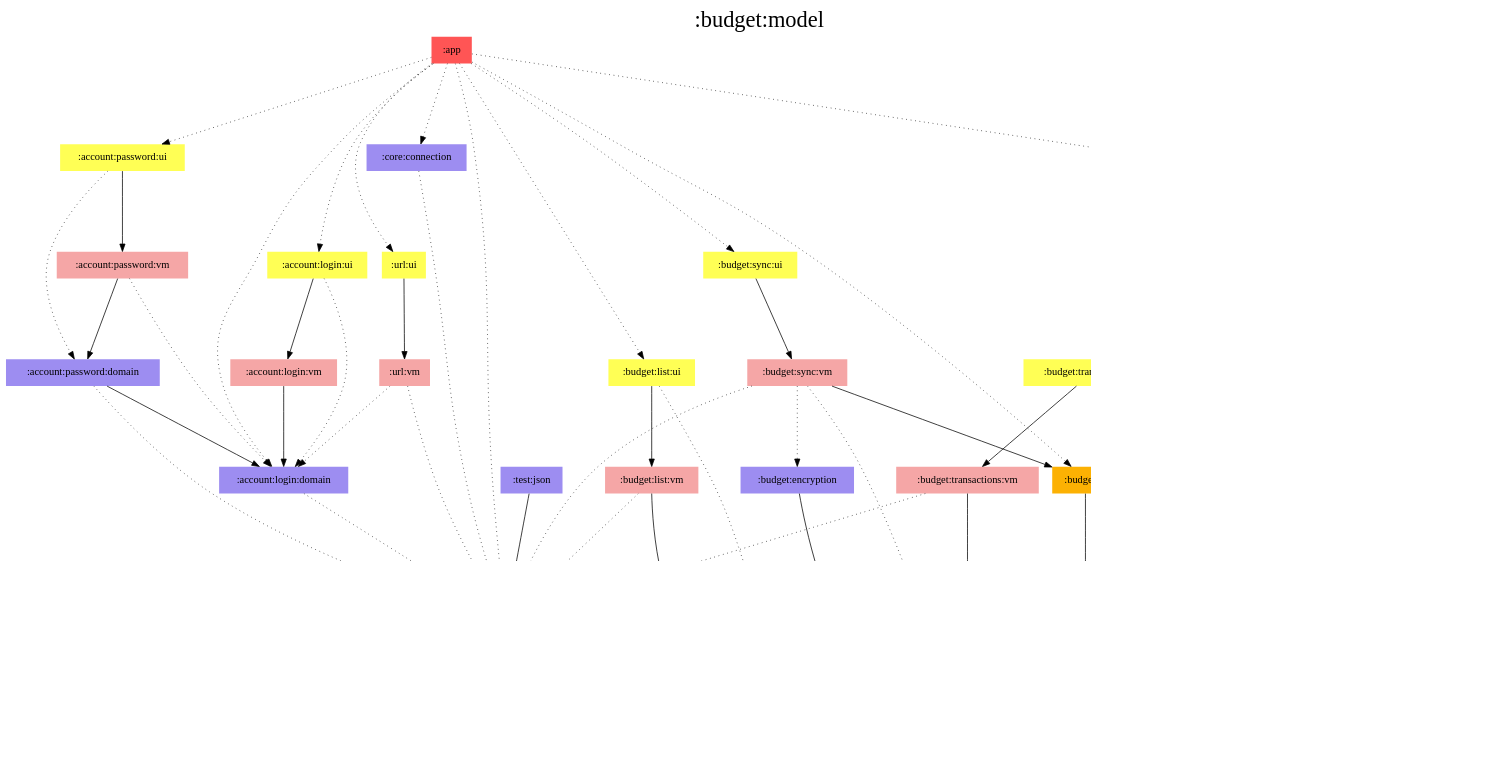
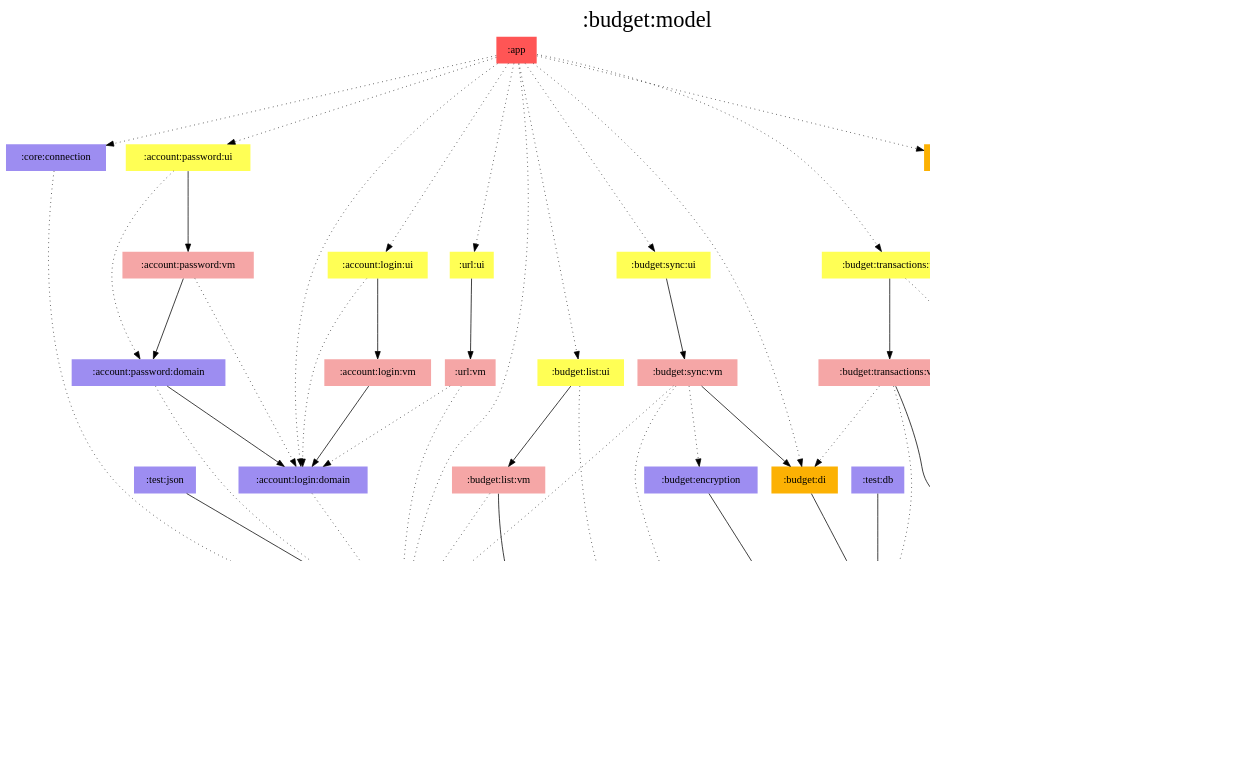
One commit to jonapoul/aktual changed the diagram in modules/budget/model/modules.dot. Above: the diagram before and after it, drawn with Graphviz. The commit also changed 47 other files, not shown here.

```diff
--- a/modules/budget/model/modules.dot
+++ b/modules/budget/model/modules.dot
@@ -1,93 +1,95 @@
 digraph {
 edge ["dir"="forward"]
 graph ["dpi"="100","label"=":budget:model","labelloc"="t","fontsize"="30","ranksep"="1.5","rankdir"="TB"]
 node ["style"="filled"]
 ":account:login:domain" ["fillcolor"="#9D8DF1","shape"="none"]
 ":account:login:ui" ["fillcolor"="#FFFF55","shape"="none"]
 ":account:login:vm" ["fillcolor"="#F5A6A6","shape"="none"]
 ":account:password:domain" ["fillcolor"="#9D8DF1","shape"="none"]
 ":account:password:ui" ["fillcolor"="#FFFF55","shape"="none"]
 ":account:password:vm" ["fillcolor"="#F5A6A6","shape"="none"]
 ":api:actual" ["fillcolor"="#9D8DF1","shape"="none"]
 ":app" ["fillcolor"="#FF5555","shape"="none"]
 ":budget:db" ["fillcolor"="#9D8DF1","shape"="none"]
 ":budget:di" ["fillcolor"="#FCB103","shape"="none"]
 ":budget:encryption" ["fillcolor"="#9D8DF1","shape"="none"]
 ":budget:list:ui" ["fillcolor"="#FFFF55","shape"="none"]
 ":budget:list:vm" ["fillcolor"="#F5A6A6","shape"="none"]
 ":budget:model" ["fillcolor"="#9D8DF1","color"="black","penwidth"="3","shape"="box"]
 ":budget:sync:ui" ["fillcolor"="#FFFF55","shape"="none"]
 ":budget:sync:vm" ["fillcolor"="#F5A6A6","shape"="none"]
 ":budget:transactions:ui" ["fillcolor"="#FFFF55","shape"="none"]
 ":budget:transactions:vm" ["fillcolor"="#F5A6A6","shape"="none"]
 ":core:connection" ["fillcolor"="#9D8DF1","shape"="none"]
 ":core:di" ["fillcolor"="#FCB103","shape"="none"]
 ":test:db" ["fillcolor"="#9D8DF1","shape"="none"]
 ":test:files" ["fillcolor"="#9D8DF1","shape"="none"]
 ":test:json" ["fillcolor"="#9D8DF1","shape"="none"]
 ":url:ui" ["fillcolor"="#FFFF55","shape"="none"]
 ":url:vm" ["fillcolor"="#F5A6A6","shape"="none"]
 {
 edge ["dir"="none"]
 graph ["rank"="same"]
 ":budget:model"
 }
 ":account:login:domain" -> ":api:actual" ["style"="dotted"]
 ":account:login:ui" -> ":account:login:domain" ["style"="dotted"]
 ":account:login:ui" -> ":account:login:vm"
 ":account:login:vm" -> ":account:login:domain"
 ":account:password:domain" -> ":account:login:domain"
 ":account:password:domain" -> ":api:actual" ["style"="dotted"]
 ":account:password:ui" -> ":account:password:domain" ["style"="dotted"]
 ":account:password:ui" -> ":account:password:vm"
 ":account:password:vm" -> ":account:login:domain" ["style"="dotted"]
 ":account:password:vm" -> ":account:password:domain"
 ":api:actual" -> ":budget:model"
 ":app" -> ":account:login:domain" ["style"="dotted"]
 ":app" -> ":account:login:ui" ["style"="dotted"]
 ":app" -> ":account:password:ui" ["style"="dotted"]
 ":app" -> ":api:actual" ["style"="dotted"]
 ":app" -> ":budget:di" ["style"="dotted"]
 ":app" -> ":budget:list:ui" ["style"="dotted"]
 ":app" -> ":budget:sync:ui" ["style"="dotted"]
+":app" -> ":budget:transactions:ui" ["style"="dotted"]
 ":app" -> ":core:connection" ["style"="dotted"]
 ":app" -> ":core:di" ["style"="dotted"]
 ":app" -> ":url:ui" ["style"="dotted"]
 ":budget:db" -> ":budget:model"
 ":budget:di" -> ":budget:db"
 ":budget:encryption" -> ":budget:model"
 ":budget:list:ui" -> ":budget:list:vm"
 ":budget:list:ui" -> ":budget:model" ["style"="dotted"]
 ":budget:list:vm" -> ":api:actual" ["style"="dotted"]
 ":budget:list:vm" -> ":budget:model"
 ":budget:sync:ui" -> ":budget:sync:vm"
 ":budget:sync:vm" -> ":api:actual" ["style"="dotted"]
 ":budget:sync:vm" -> ":budget:di"
 ":budget:sync:vm" -> ":budget:encryption" ["style"="dotted"]
 ":budget:sync:vm" -> ":budget:model" ["style"="dotted"]
 ":budget:transactions:ui" -> ":budget:model" ["style"="dotted"]
 ":budget:transactions:ui" -> ":budget:transactions:vm"
-":budget:transactions:vm" -> ":api:actual" ["style"="dotted"]
+":budget:transactions:vm" -> ":budget:db" ["style"="dotted"]
+":budget:transactions:vm" -> ":budget:di" ["style"="dotted"]
 ":budget:transactions:vm" -> ":budget:model"
 ":core:connection" -> ":api:actual" ["style"="dotted"]
 ":core:di" -> ":budget:model"
 ":test:db" -> ":budget:db"
 ":test:files" -> ":budget:model"
 ":test:json" -> ":api:actual"
 ":url:ui" -> ":url:vm"
 ":url:vm" -> ":account:login:domain" ["style"="dotted"]
 ":url:vm" -> ":api:actual" ["style"="dotted"]
 subgraph "cluster_legend" {
 edge ["dir"="none"]
 graph ["label"="Legend","fontsize"="20"]
 "Legend" ["style"="filled","fillcolor"="#FFFFFF","shape"="none","margin"="0","fontsize"="15","label"=<
 <TABLE BORDER="0" CELLBORDER="0" CELLSPACING="0" CELLPADDING="4">
 <TR><TD>App</TD><TD BGCOLOR="#FF5555">module-name</TD></TR>
 <TR><TD>ViewModel</TD><TD BGCOLOR="#F5A6A6">module-name</TD></TR>
 <TR><TD>Hilt</TD><TD BGCOLOR="#FCB103">module-name</TD></TR>
 <TR><TD>Compose</TD><TD BGCOLOR="#FFFF55">module-name</TD></TR>
 <TR><TD>Multiplatform</TD><TD BGCOLOR="#9D8DF1">module-name</TD></TR>
 </TABLE>
 >]
 } -> ":budget:model" ["style"="invis"]
 }
```
